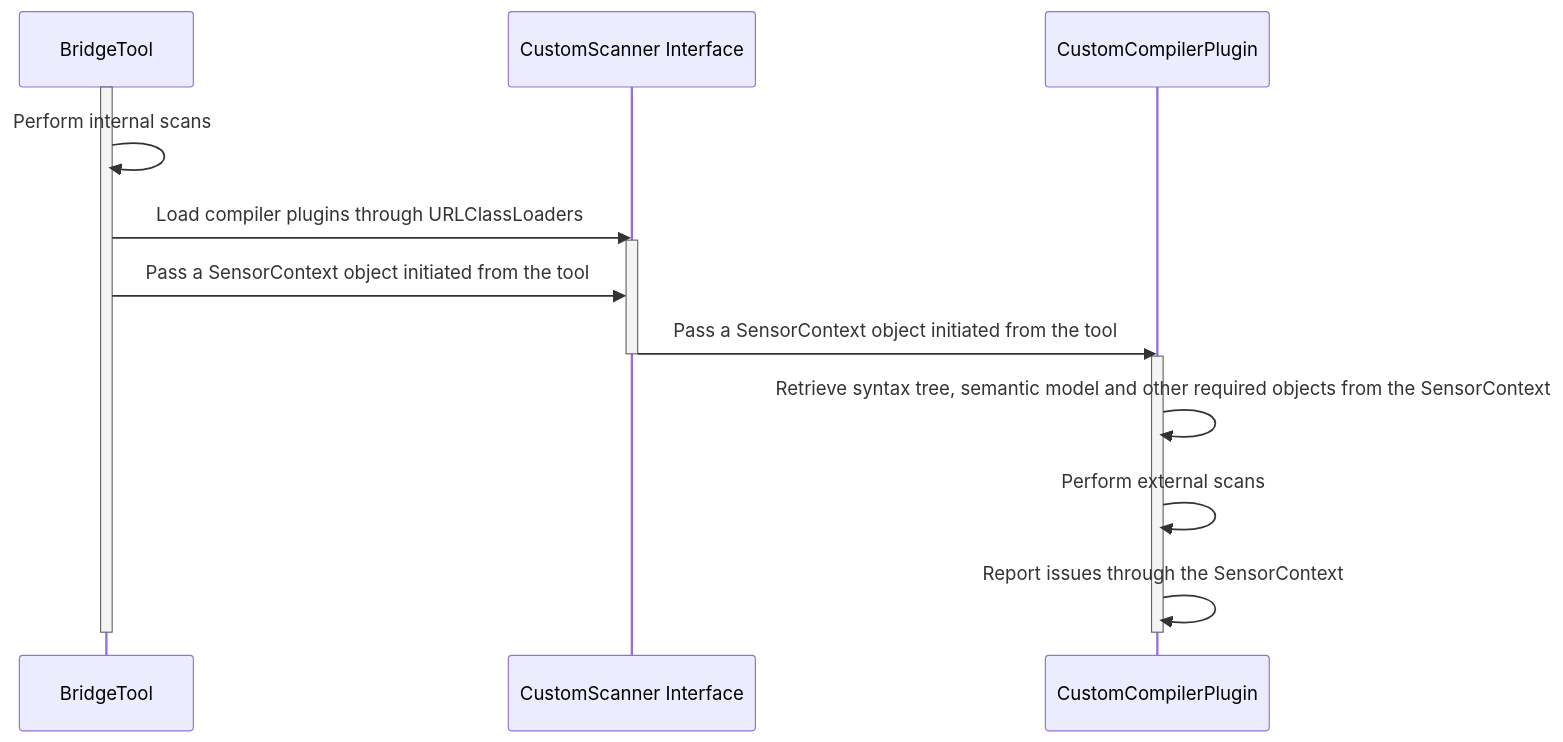
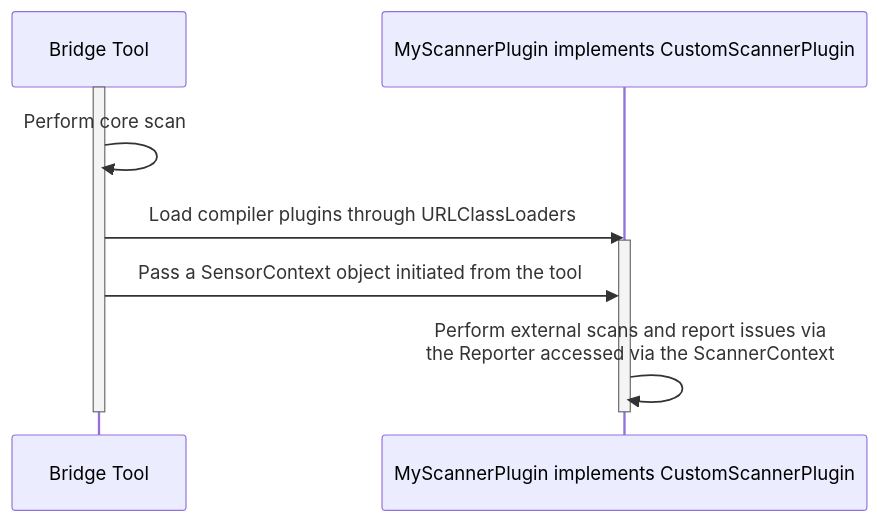
The diagram in README.md (Xenowa/ballerina-tool-extension-methods), drawn with Mermaid before and after one commit. The commit also changed 11 other files, not shown here.

Commit message:
Update: Refactored architecture of the approach

````diff
--- a/README.md
+++ b/README.md
@@ -3,19 +3,13 @@
 ```mermaid
 sequenceDiagram
-    participant BridgeTool
-    participant CustomScanner Interface
-    participant CustomCompilerPlugin
-    activate BridgeTool
-    BridgeTool ->> BridgeTool: Perform internal scans
-    BridgeTool ->> CustomScanner Interface: Load compiler plugins through URLClassLoaders
-    activate CustomScanner Interface
-    BridgeTool ->> CustomScanner Interface: Pass a SensorContext object initiated from the tool
-    CustomScanner Interface ->> CustomCompilerPlugin: Pass a SensorContext object initiated from the tool
-    deactivate CustomScanner Interface
-    activate CustomCompilerPlugin
-    CustomCompilerPlugin ->> CustomCompilerPlugin: Retrieve syntax tree, semantic model and other required objects from the SensorContext
-    CustomCompilerPlugin ->> CustomCompilerPlugin: Perform external scans
-    CustomCompilerPlugin ->> CustomCompilerPlugin: Report issues through the SensorContext
-    deactivate CustomCompilerPlugin
-    deactivate BridgeTool
+    participant Bridge Tool
+    participant MyScannerPlugin implements CustomScannerPlugin
+    activate Bridge Tool
+    Bridge Tool ->> Bridge Tool: Perform core scan
+    Bridge Tool ->> MyScannerPlugin implements CustomScannerPlugin: Load compiler plugins through URLClassLoaders
+    activate MyScannerPlugin implements CustomScannerPlugin
+    Bridge Tool ->> MyScannerPlugin implements CustomScannerPlugin: Pass a SensorContext object initiated from the tool
+    MyScannerPlugin implements CustomScannerPlugin ->> MyScannerPlugin implements CustomScannerPlugin: Perform external scans and report issues via <br> the Reporter accessed via the ScannerContext
+    deactivate MyScannerPlugin implements CustomScannerPlugin
+    deactivate Bridge Tool
 ```
````
